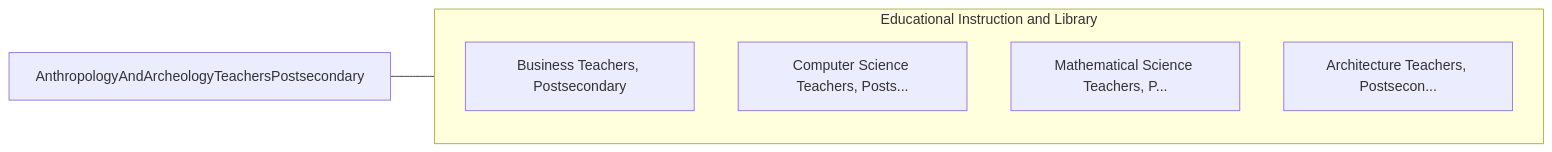
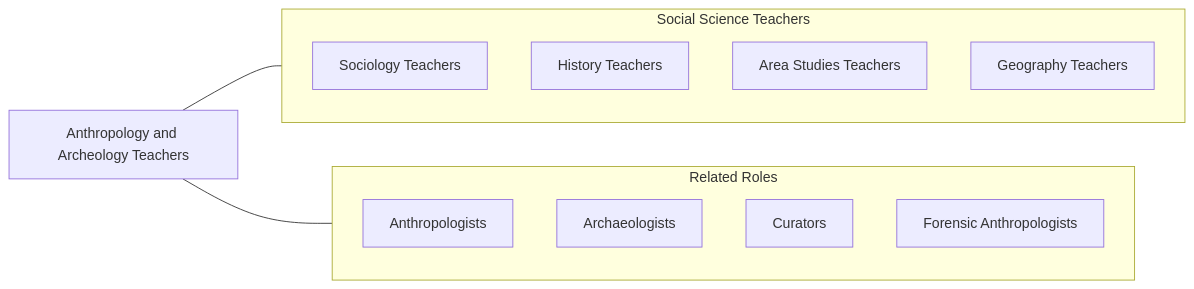
The fourth of 4 diagrams in occupations/Education/AnthropologyAndArcheologyTeachersPostsecondary.mdx (kziemski/business.org.ai), drawn with Mermaid before and after one commit. The commit also changed other lines of this file and 938 other files, not shown here.

````diff
--- a/occupations/Education/AnthropologyAndArcheologyTeachersPostsecondary.mdx
+++ b/occupations/Education/AnthropologyAndArcheologyTeachersPostsecondary.mdx
@@ -103,13 +170,21 @@
 ```mermaid
 graph LR
-    Current["AnthropologyAndArcheologyTeachersPostsecondary"]
+    Current["Anthropology and Archeology Teachers"]
 
-    subgraph SameCategory["Educational Instruction and Library"]
-        BusinessTeachersPost["Business Teachers, Postsecondary"]
-        ComputerScienceTeach["Computer Science Teachers, Posts..."]
-        MathematicalScienceT["Mathematical Science Teachers, P..."]
-        ArchitectureTeachers["Architecture Teachers, Postsecon..."]
+    subgraph SameCategory["Social Science Teachers"]
+        Sociology["Sociology Teachers"]
+        History["History Teachers"]
+        AreaStudies["Area Studies Teachers"]
+        Geography["Geography Teachers"]
+    end
+
+    subgraph CrossFunctional["Related Roles"]
+        Anthropologists["Anthropologists"]
+        Archaeologists["Archaeologists"]
+        Curators["Curators"]
+        ForensicAnth["Forensic Anthropologists"]
     end
 
     Current --- SameCategory
+    Current --- CrossFunctional
 ```
````
